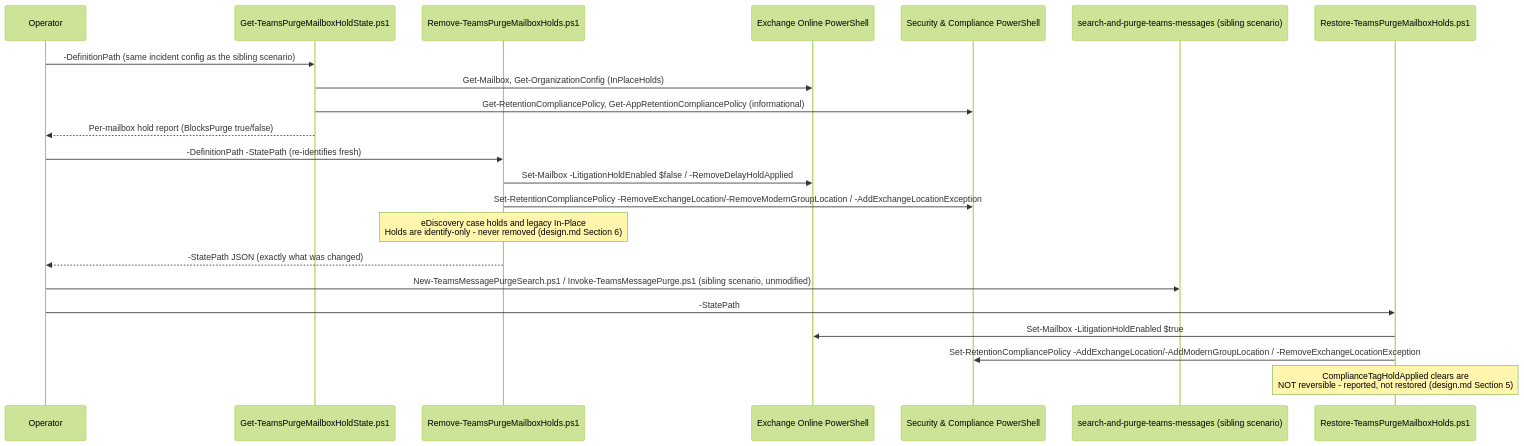
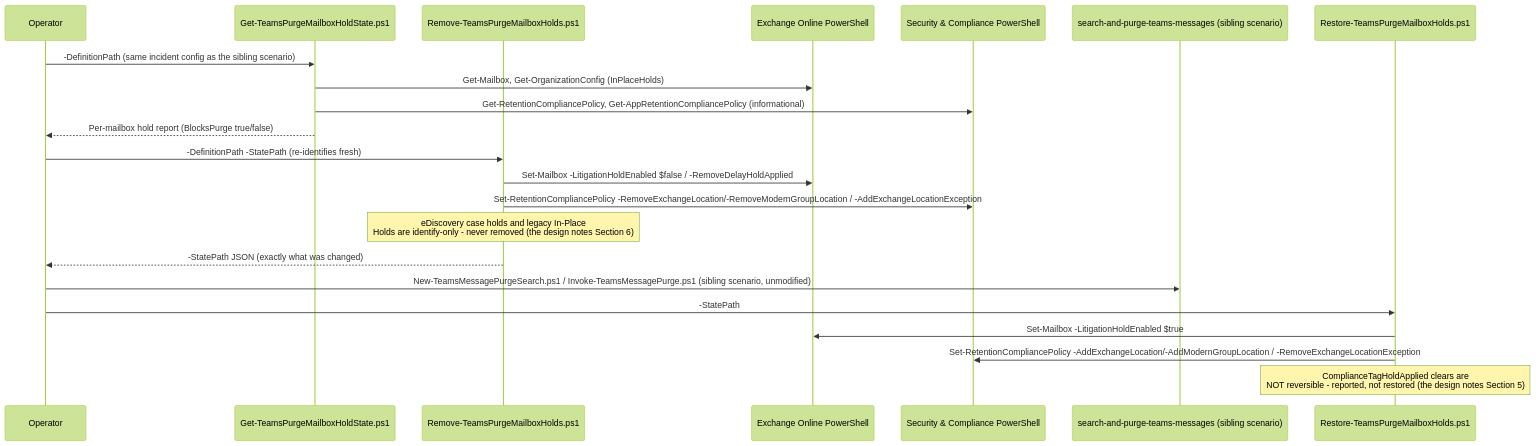
The diagram in src/content/scenarios/ediscovery/teams-purge-hold-lifecycle-management.md (kpsec1/kpsec1.github.io), drawn with Mermaid (forest theme) before and after one commit. The commit also changed 269 other files, not shown here.

````diff
--- a/src/content/scenarios/ediscovery/teams-purge-hold-lifecycle-management.md
+++ b/src/content/scenarios/ediscovery/teams-purge-hold-lifecycle-management.md
@@ -41,28 +41,28 @@
 ```mermaid
 sequenceDiagram
     participant Op as Operator
     participant Get as Get-TeamsPurgeMailboxHoldState.ps1
     participant Remove as Remove-TeamsPurgeMailboxHolds.ps1
     participant EXO as Exchange Online PowerShell
     participant SCC as Security & Compliance PowerShell
     participant Purge as search-and-purge-teams-messages (sibling scenario)
     participant Restore as Restore-TeamsPurgeMailboxHolds.ps1
 
     Op->>Get: -DefinitionPath (same incident config as the sibling scenario)
     Get->>EXO: Get-Mailbox, Get-OrganizationConfig (InPlaceHolds)
     Get->>SCC: Get-RetentionCompliancePolicy, Get-AppRetentionCompliancePolicy (informational)
     Get-->>Op: Per-mailbox hold report (BlocksPurge true/false)
 
     Op->>Remove: -DefinitionPath -StatePath (re-identifies fresh)
     Remove->>EXO: Set-Mailbox -LitigationHoldEnabled $false / -RemoveDelayHoldApplied
     Remove->>SCC: Set-RetentionCompliancePolicy -RemoveExchangeLocation/-RemoveModernGroupLocation / -AddExchangeLocationException
-    Note over Remove: eDiscovery case holds and legacy In-Place<br/>Holds are identify-only - never removed (design.md Section 6)
+    Note over Remove: eDiscovery case holds and legacy In-Place<br/>Holds are identify-only - never removed (the design notes Section 6)
     Remove-->>Op: -StatePath JSON (exactly what was changed)
 
     Op->>Purge: New-TeamsMessagePurgeSearch.ps1 / Invoke-TeamsMessagePurge.ps1 (sibling scenario, unmodified)
 
     Op->>Restore: -StatePath
     Restore->>EXO: Set-Mailbox -LitigationHoldEnabled $true
     Restore->>SCC: Set-RetentionCompliancePolicy -AddExchangeLocation/-AddModernGroupLocation / -RemoveExchangeLocationException
-    Note over Restore: ComplianceTagHoldApplied clears are<br/>NOT reversible - reported, not restored (design.md Section 5)
+    Note over Restore: ComplianceTagHoldApplied clears are<br/>NOT reversible - reported, not restored (the design notes Section 5)
 ```
````
